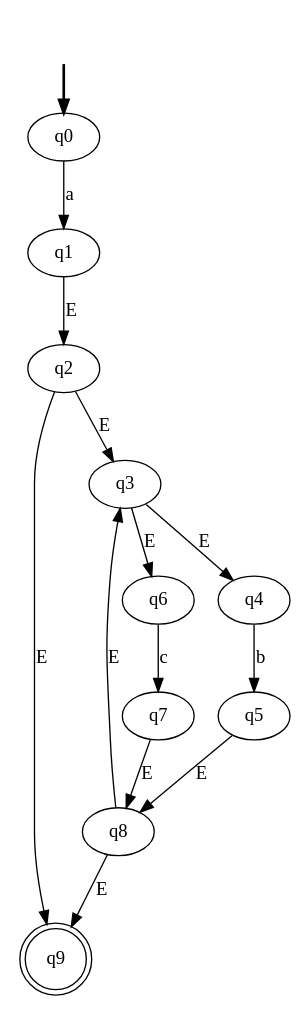
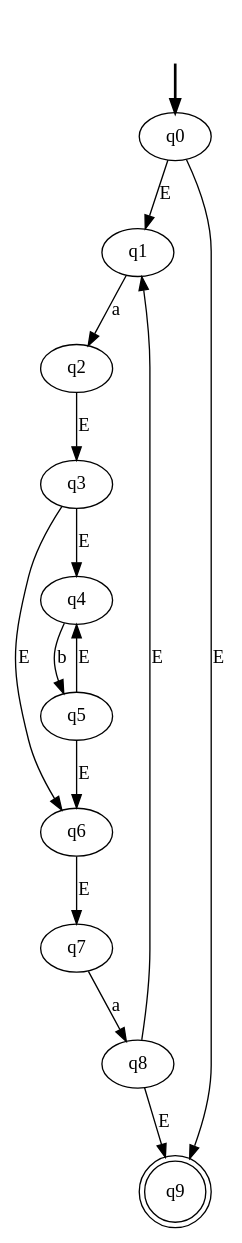
The diagram in ER e AFNE - Trabalho 3/resources/AFNE.dot (MarcosFelipeBC/lfa), drawn with Graphviz before and after one commit. The commit also changed 5 other files, not shown here.

```diff
--- a/ER e AFNE - Trabalho 3/resources/AFNE.dot
+++ b/ER e AFNE - Trabalho 3/resources/AFNE.dot
@@ -1,26 +1,27 @@
 digraph {
 	fake0 [style=invisible]
+	q1
+	q6
+	q5
+	q0 [root=true]
+	q4
 	q9 [shape=doublecircle]
+	q3
+	q7
+	q8
 	q2
-	q5
-	q8
-	q1
-	q3
-	q0 [root=true]
-	q6
-	q4
-	q7
 	fake0 -> q0 [style=bold]
-	q0 -> q1 [label=a]
+	q1 -> q2 [label=a]
 	q4 -> q5 [label=b]
-	q6 -> q7 [label=c]
+	q3 -> q6 [label=E]
 	q3 -> q4 [label=E]
-	q3 -> q6 [label=E]
-	q5 -> q8 [label=E]
-	q7 -> q8 [label=E]
-	q2 -> q9 [label=E]
+	q5 -> q6 [label=E]
+	q5 -> q4 [label=E]
 	q2 -> q3 [label=E]
+	q7 -> q8 [label=a]
+	q6 -> q7 [label=E]
+	q0 -> q1 [label=E]
+	q0 -> q9 [label=E]
+	q8 -> q1 [label=E]
 	q8 -> q9 [label=E]
-	q8 -> q3 [label=E]
-	q1 -> q2 [label=E]
 }
```
